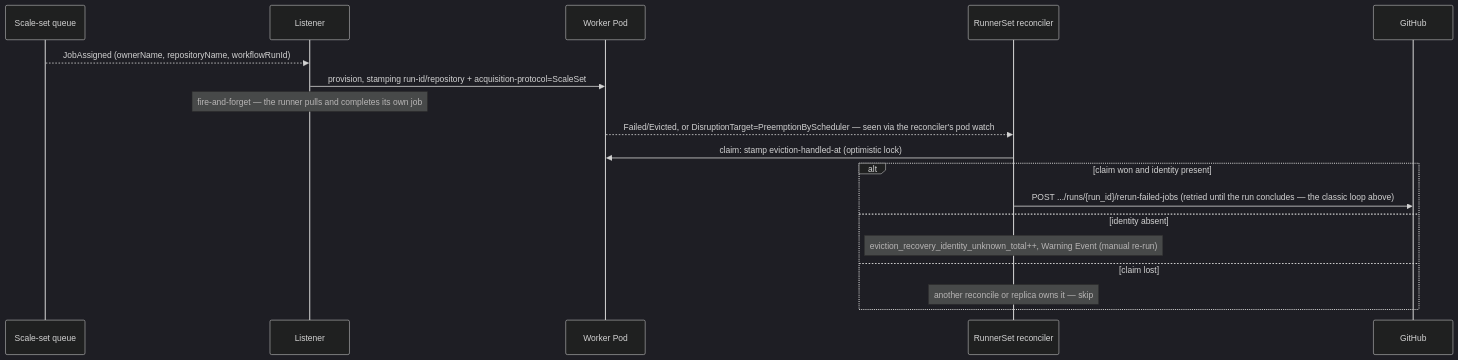
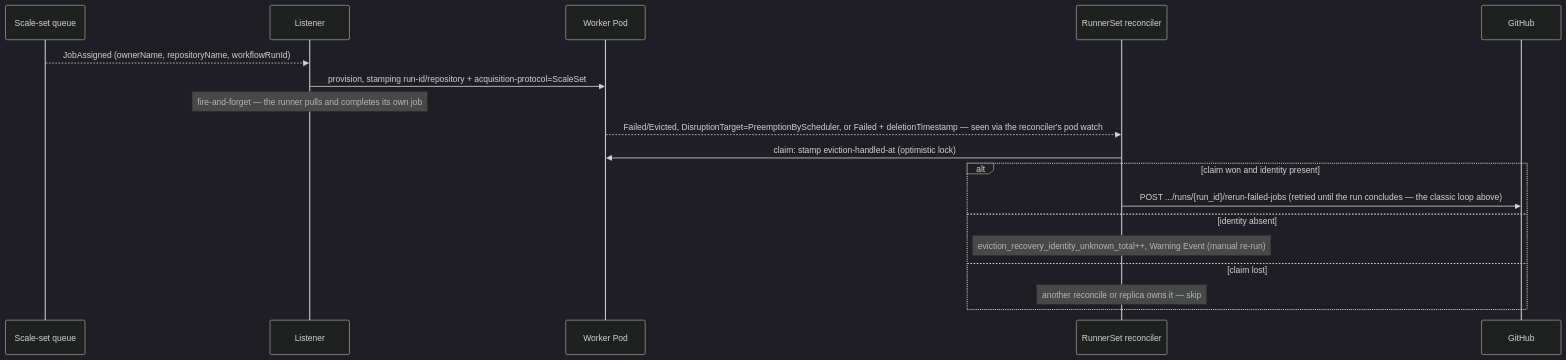
Before and after one commit to actions-gateway/github-actions-gateway: the seventh of 9 diagrams in docs/design/04-operational-flows.md, drawn with Mermaid (dark theme). The commit also changed other lines of this file and 22 other files, not shown here.

````diff
--- a/docs/design/04-operational-flows.md
+++ b/docs/design/04-operational-flows.md
@@ -262,20 +262,20 @@
 ```mermaid
 sequenceDiagram
     participant Q as Scale-set queue
     participant L as Listener
     participant P as Worker Pod
     participant R as RunnerSet reconciler
     participant GH as GitHub
     Q-->>L: JobAssigned (ownerName, repositoryName, workflowRunId)
     L->>P: provision, stamping run-id/repository + acquisition-protocol=ScaleSet
     Note over L: fire-and-forget — the runner pulls and completes its own job
-    P-->>R: Failed/Evicted, or DisruptionTarget=PreemptionByScheduler — seen via the reconciler's pod watch
+    P-->>R: Failed/Evicted, DisruptionTarget=PreemptionByScheduler, or Failed + deletionTimestamp — seen via the reconciler's pod watch
     R->>P: claim: stamp eviction-handled-at (optimistic lock)
     alt claim won and identity present
         R->>GH: POST .../runs/{run_id}/rerun-failed-jobs (retried until the run concludes — the classic loop above)
     else identity absent
         Note over R: eviction_recovery_identity_unknown_total++, Warning Event (manual re-run)
     else claim lost
         Note over R: another reconcile or replica owns it — skip
     end
 ```
````
